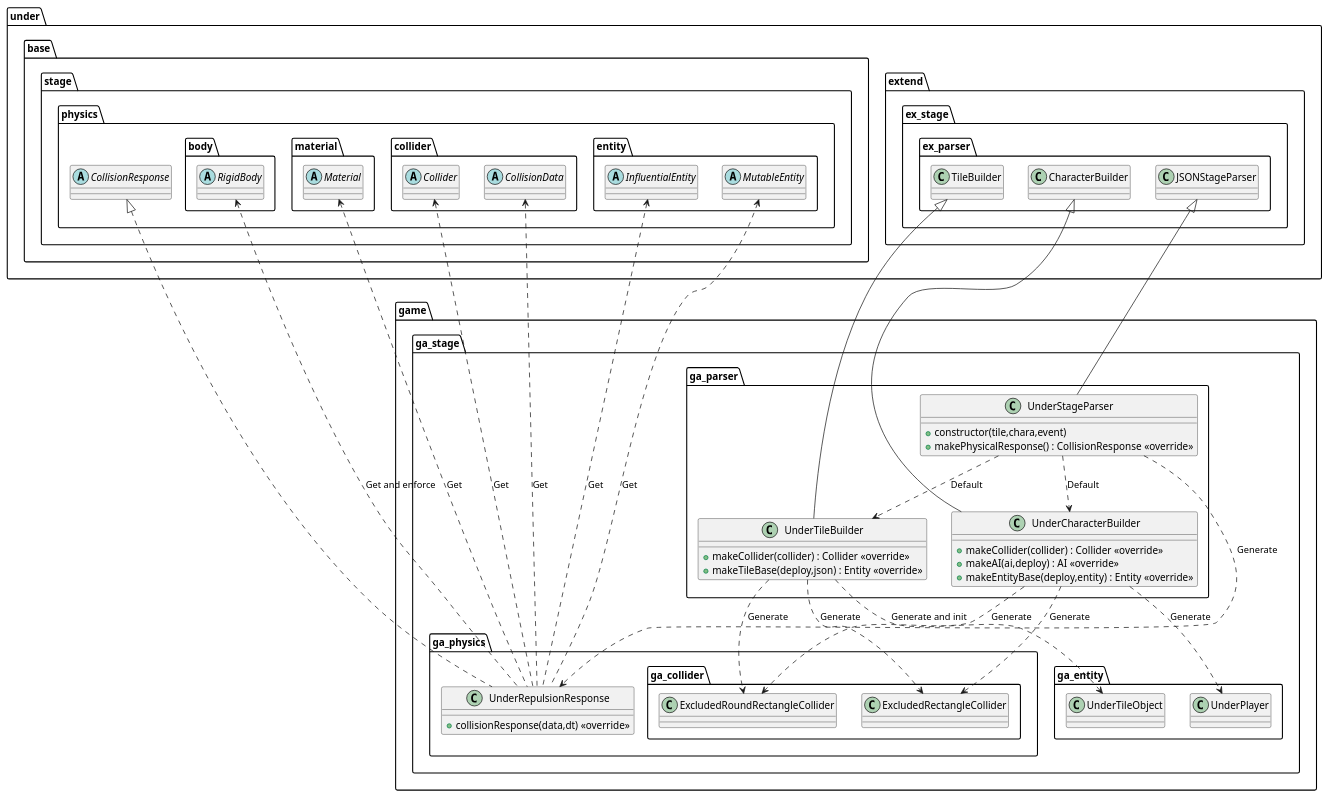
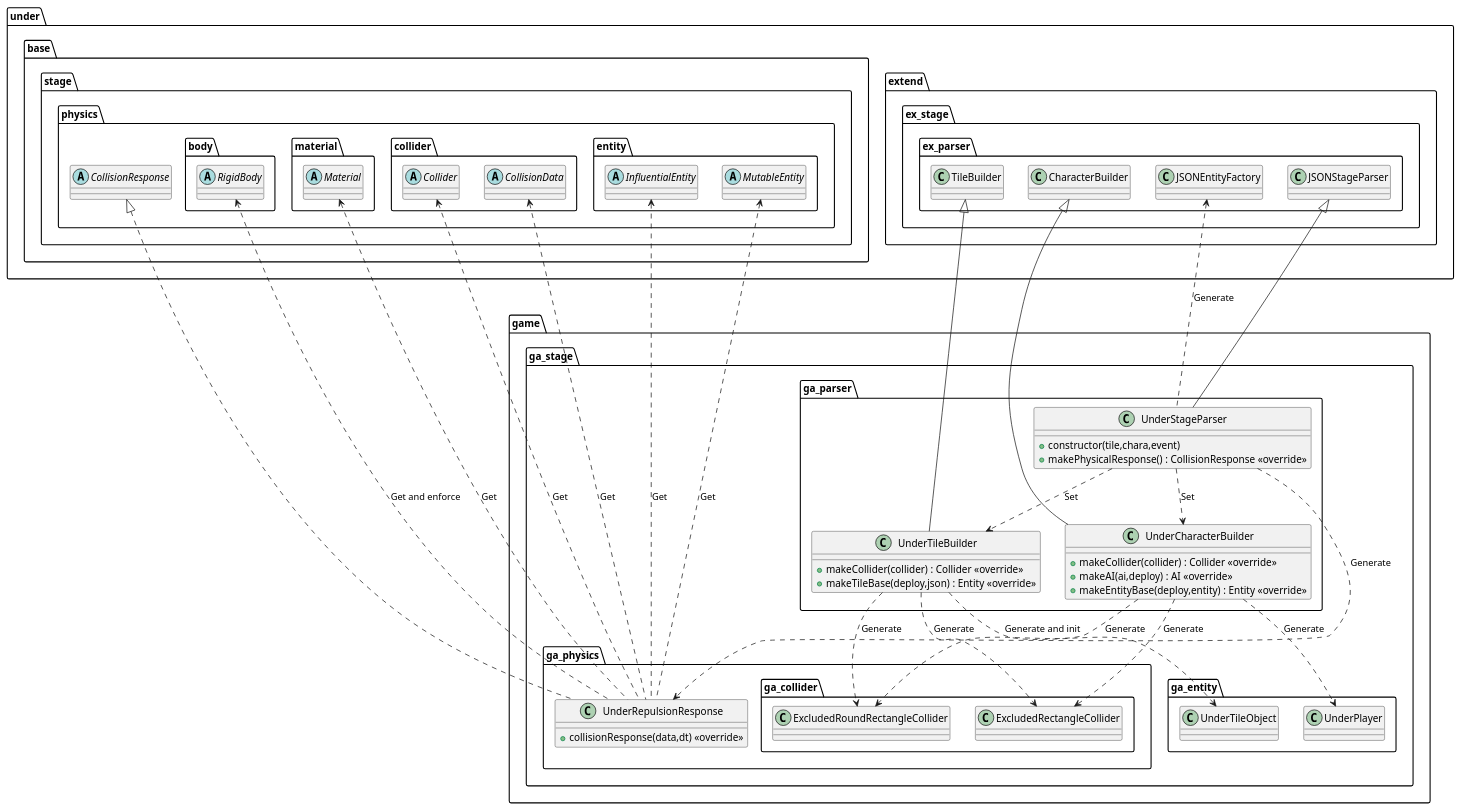
The diagram in uml/stage/Game.wsd (Expine/Under), drawn with PlantUML before and after one commit. The commit also changed 34 other files, not shown here.

```diff
--- a/uml/stage/Game.wsd
+++ b/uml/stage/Game.wsd
@@ -1,101 +1,103 @@
 @startuml StageGame
 
 package game {
     package ga_stage {
         package ga_parser {
             class UnderStageParser {
                 +constructor(tile,chara,event)
                 +makePhysicalResponse() : CollisionResponse <<override>>
             }
             class UnderTileBuilder {
                 +makeCollider(collider) : Collider <<override>>
                 +makeTileBase(deploy,json) : Entity <<override>>
             }
             class UnderCharacterBuilder {
                 +makeCollider(collider) : Collider <<override>>
                 +makeAI(ai,deploy) : AI <<override>>
                 +makeEntityBase(deploy,entity) : Entity <<override>>
             }
         }
 
         package ga_physics {
             class UnderRepulsionResponse {
                 +collisionResponse(data,dt) <<override>>
             }
         }
     }
 }
 
 package game {
     package ga_stage {
         package ga_entity {
             class UnderTileObject
             class UnderPlayer
         }
         package ga_physics {
             package ga_collider {
                 class ExcludedRectangleCollider
                 class ExcludedRoundRectangleCollider
             }
         }
     }
 }
 
 package under {
     package base {
         package stage {
             package physics {
                 abstract CollisionResponse
                 package body {
                     abstract RigidBody
                 }
                 package material {
                     abstract Material
                 }
                 package collider {
                     abstract Collider
                     abstract CollisionData
                 }
                 package entity {
                     abstract InfluentialEntity
                     abstract MutableEntity
                 }
             }
         }
     }
     package extend {
         package ex_stage {
             package ex_parser {
                 class JSONStageParser
+                class JSONEntityFactory
                 class TileBuilder
                 class CharacterBuilder
             }
         }
     }
 }
 
-UnderStageParser ..> UnderTileBuilder : Default
-UnderStageParser ..> UnderCharacterBuilder : Default
+UnderStageParser ..> UnderTileBuilder : Set
+UnderStageParser ..> UnderCharacterBuilder : Set
 UnderStageParser ..> UnderRepulsionResponse : Generate
+JSONEntityFactory <.. UnderStageParser : Generate
 
 UnderTileBuilder ..> UnderTileObject : Generate and init
 UnderTileBuilder ..> ExcludedRectangleCollider : Generate
 UnderTileBuilder ..> ExcludedRoundRectangleCollider : Generate
 
 UnderCharacterBuilder ..> UnderPlayer : Generate
 UnderCharacterBuilder ..> ExcludedRectangleCollider : Generate
 UnderCharacterBuilder ..> ExcludedRoundRectangleCollider : Generate
 
 RigidBody <.. UnderRepulsionResponse : Get and enforce
 Material <.. UnderRepulsionResponse : Get
 Collider <.. UnderRepulsionResponse : Get
 InfluentialEntity <.. UnderRepulsionResponse : Get
 MutableEntity <.. UnderRepulsionResponse : Get
 CollisionData <.. UnderRepulsionResponse : Get
 
 JSONStageParser <|-- UnderStageParser
 TileBuilder <|-- UnderTileBuilder
 CharacterBuilder <|-- UnderCharacterBuilder
 CollisionResponse <|.... UnderRepulsionResponse
 
 @enduml
```
